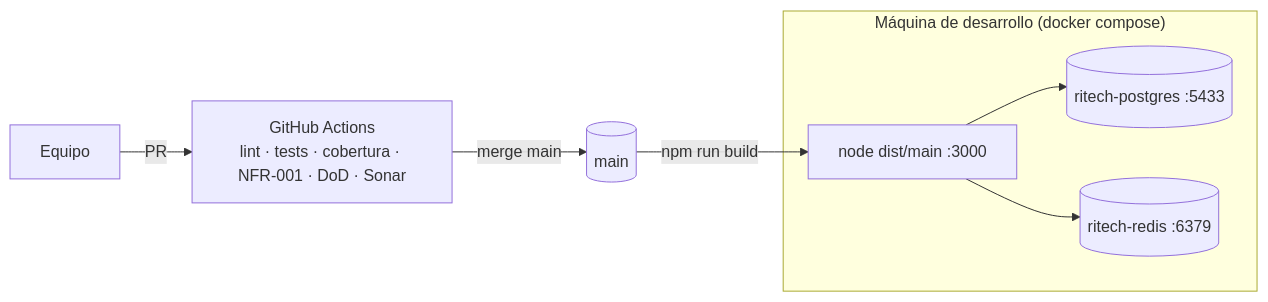
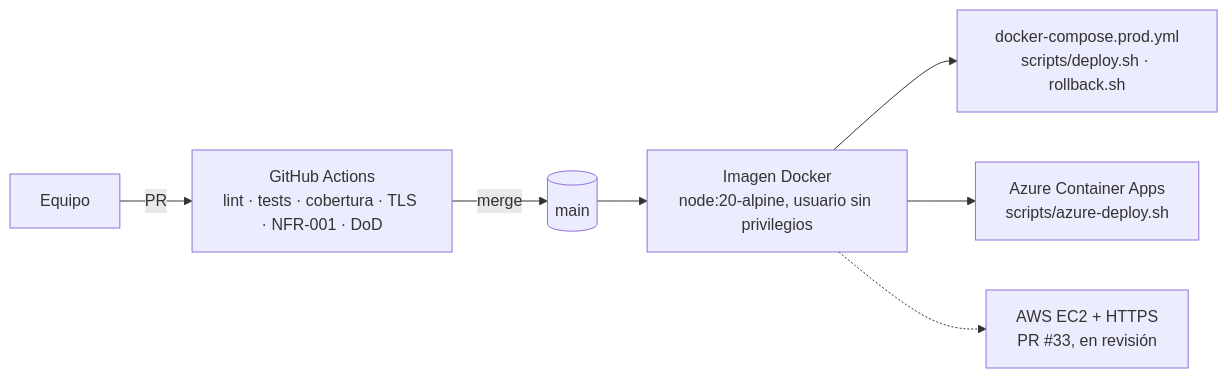
The fifth of 5 diagrams in docs/arquitectura.md (danrtx/RiTech-SAS), drawn with Mermaid before and after one commit. The commit also changed other lines of this file and 4 other files, not shown here.

````diff
--- a/docs/arquitectura.md
+++ b/docs/arquitectura.md
@@ -133,12 +179,9 @@
 ```mermaid
 flowchart LR
-  dev[Equipo] -->|PR| gh[GitHub Actions<br/>lint · tests · cobertura · NFR-001 · DoD · Sonar]
-  gh -->|merge main| main[(main)]
-  subgraph Local["Máquina de desarrollo (docker compose)"]
-    pg[(ritech-postgres :5433)]
-    rd[(ritech-redis :6379)]
-    node[node dist/main :3000]
-  end
-  main -->|npm run build| node
-  node --> pg & rd
+  dev[Equipo] -->|PR| gh[GitHub Actions<br/>lint · tests · cobertura · TLS · NFR-001 · DoD]
+  gh -->|merge| main[(main)]
+  main --> img[Imagen Docker<br/>node:20-alpine, usuario sin privilegios]
+  img --> local[docker-compose.prod.yml<br/>scripts/deploy.sh · rollback.sh]
+  img --> az[Azure Container Apps<br/>scripts/azure-deploy.sh]
+  img -.-> aws[AWS EC2 + HTTPS<br/>PR #33, en revisión]
 ```
````
